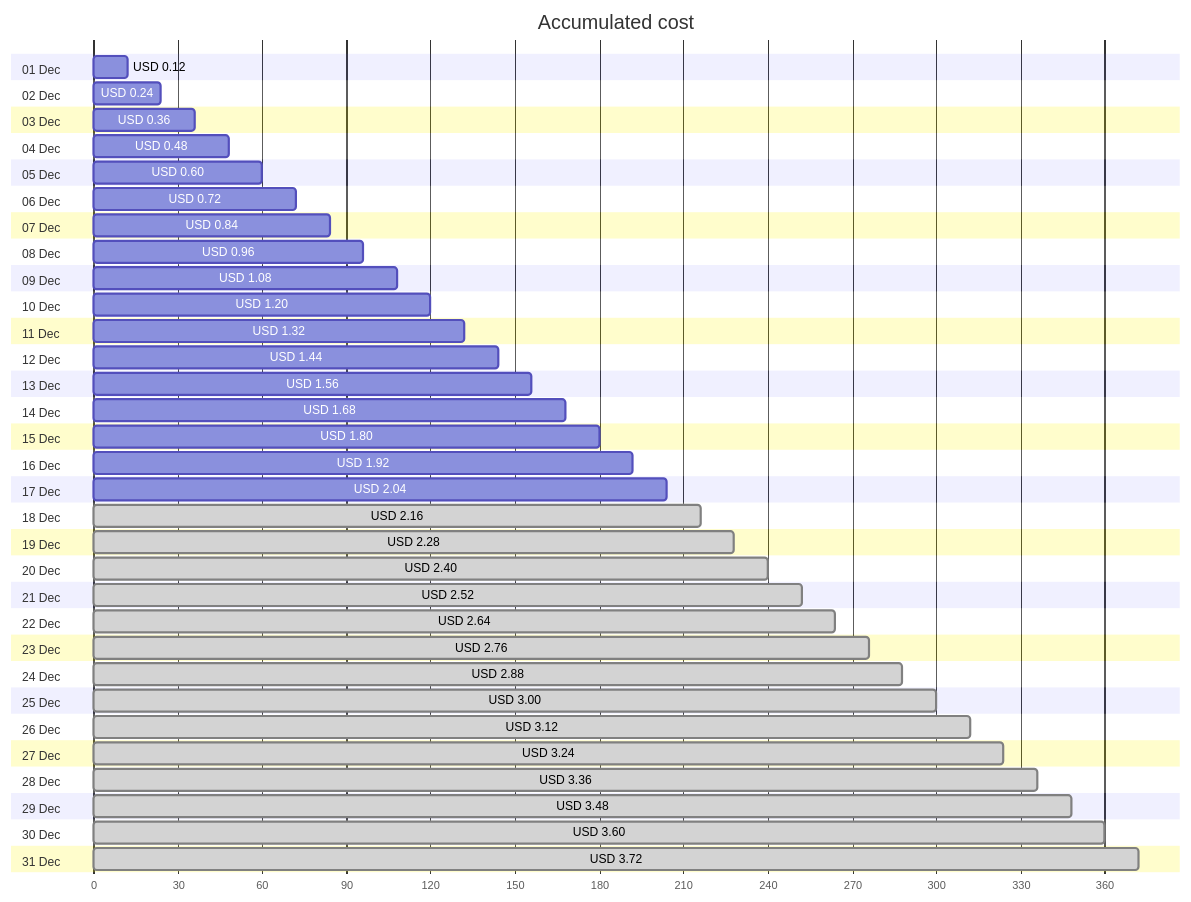
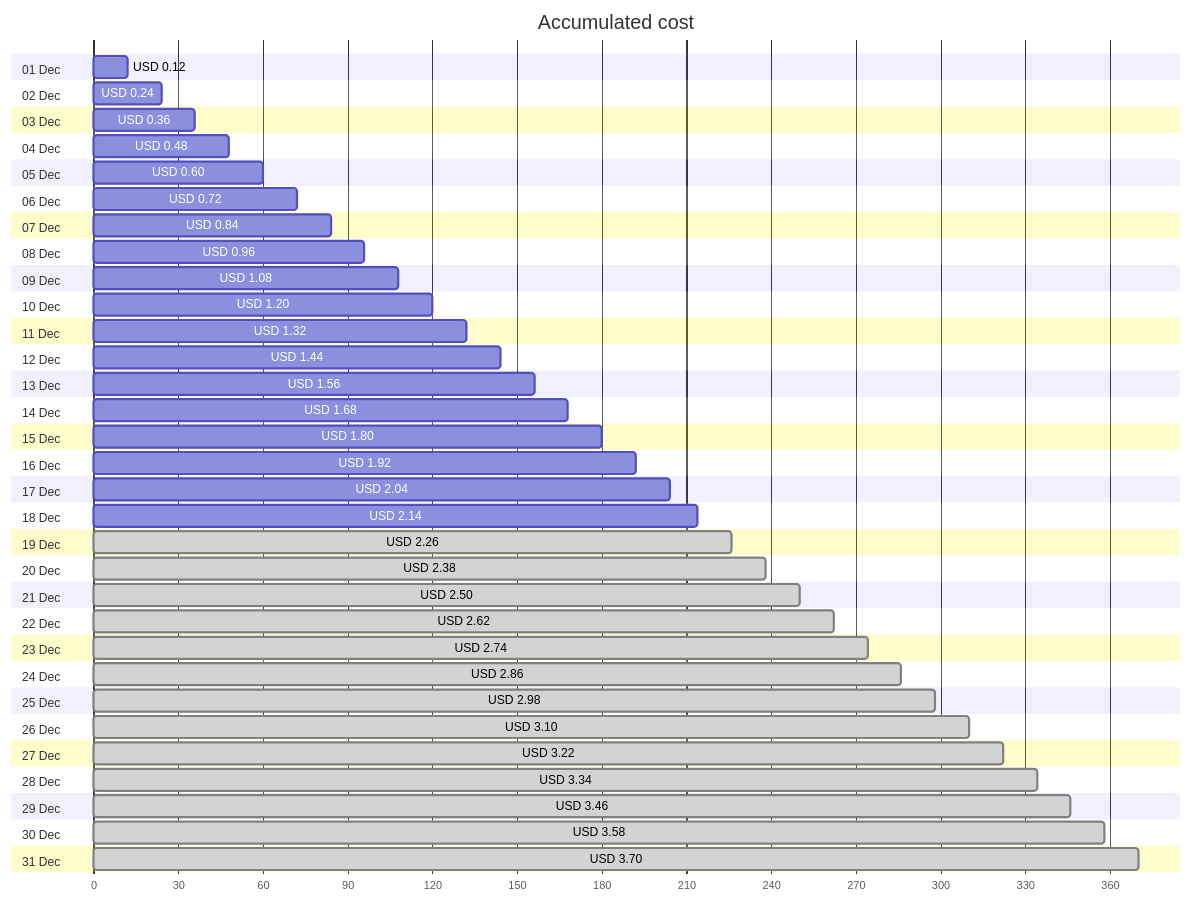
One commit to jpfulton/azure-personal-reports changed the first of 4 diagrams in cost-reports/personal-network/backup-server-public-ip.md. Above: the diagram before and after it, drawn with Mermaid. The commit also changed other lines of this file and 8 other files, not shown here.

````diff
--- a/cost-reports/personal-network/backup-server-public-ip.md
+++ b/cost-reports/personal-network/backup-server-public-ip.md
@@ -20,68 +20,68 @@
 ```mermaid
 gantt
    title Accumulated cost
    dateFormat  X
    axisFormat %s
    section 01 Dec
    USD 0.12 :0, 12
    section 02 Dec
    USD 0.24 :0, 24
    section 03 Dec
    USD 0.36 :0, 36
    section 04 Dec
    USD 0.48 :0, 48
    section 05 Dec
    USD 0.60 :0, 60
    section 06 Dec
    USD 0.72 :0, 72
    section 07 Dec
    USD 0.84 :0, 84
    section 08 Dec
    USD 0.96 :0, 96
    section 09 Dec
    USD 1.08 :0, 108
    section 10 Dec
    USD 1.20 :0, 120
    section 11 Dec
    USD 1.32 :0, 132
    section 12 Dec
    USD 1.44 :0, 144
    section 13 Dec
    USD 1.56 :0, 156
    section 14 Dec
    USD 1.68 :0, 168
    section 15 Dec
    USD 1.80 :0, 180
    section 16 Dec
    USD 1.92 :0, 192
    section 17 Dec
    USD 2.04 :0, 204
    section 18 Dec
-   USD 2.16 : done, 0, 216
+   USD 2.14 :0, 214
    section 19 Dec
-   USD 2.28 : done, 0, 228
+   USD 2.26 : done, 0, 226
    section 20 Dec
-   USD 2.40 : done, 0, 240
+   USD 2.38 : done, 0, 238
    section 21 Dec
-   USD 2.52 : done, 0, 252
+   USD 2.50 : done, 0, 250
    section 22 Dec
-   USD 2.64 : done, 0, 264
+   USD 2.62 : done, 0, 262
    section 23 Dec
-   USD 2.76 : done, 0, 276
+   USD 2.74 : done, 0, 274
    section 24 Dec
-   USD 2.88 : done, 0, 288
+   USD 2.86 : done, 0, 286
    section 25 Dec
-   USD 3.00 : done, 0, 300
+   USD 2.98 : done, 0, 298
    section 26 Dec
-   USD 3.12 : done, 0, 312
+   USD 3.10 : done, 0, 310
    section 27 Dec
-   USD 3.24 : done, 0, 324
+   USD 3.22 : done, 0, 322
    section 28 Dec
-   USD 3.36 : done, 0, 336
+   USD 3.34 : done, 0, 334
    section 29 Dec
-   USD 3.48 : done, 0, 348
+   USD 3.46 : done, 0, 346
    section 30 Dec
-   USD 3.60 : done, 0, 360
+   USD 3.58 : done, 0, 358
    section 31 Dec
-   USD 3.72 : done, 0, 372
+   USD 3.70 : done, 0, 370
 ```
````
